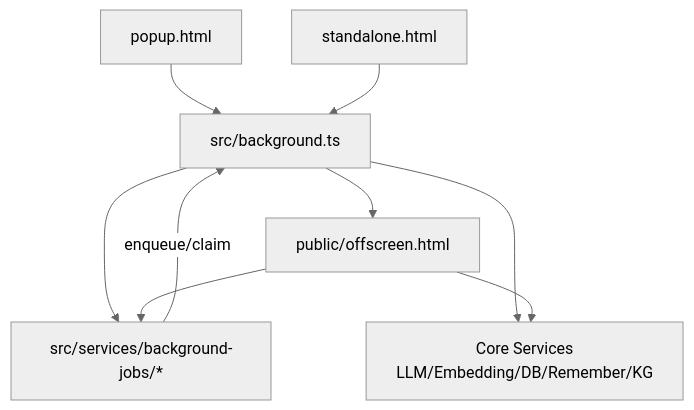
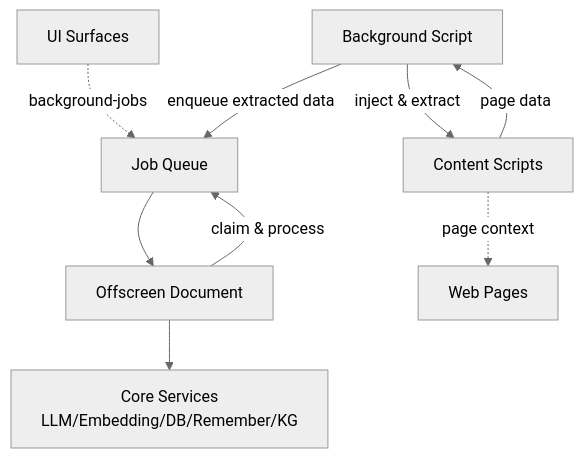
One commit to zrg-team/memorall changed the diagram in README.md. Above: the diagram before and after it, drawn with Mermaid (neutral theme). The commit also changed other lines of this file and 123 other files, not shown here.

````diff
--- a/README.md
+++ b/README.md
@@ -129,15 +178,18 @@
 ```mermaid
 graph TD
-  POP[popup.html] --> BG[src/background.ts]
-  STD[standalone.html] --> BG
+  %% UI Layer - Direct to Offscreen via Background Jobs
+  UI[UI Surfaces] -.->|background-jobs| JQ[Job Queue]
 
-  BG --> JQ[src/services/background-jobs/*]
-  BG --> SVC[Core Services\nLLM/Embedding/DB/Remember/KG]
+  %% Background Script - Context Menus & Content Script Communication Only
+  BG[Background Script] -->|inject & extract| CS[Content Scripts]
+  CS -->|page data| BG
+  BG -->|enqueue extracted data| JQ
 
-  JQ -->|enqueue/claim| BG
+  %% Offscreen Processing
+  JQ --> OFF[Offscreen Document]
+  OFF --> SVC[Core Services\nLLM/Embedding/DB/Remember/KG]
+  OFF -->|claim & process| JQ
 
-  %% Long-running tasks use the offscreen document
-  BG --> OFF[public/offscreen.html]
-  OFF --> SVC
-  OFF --> JQ
+  %% Content Scripts - Page Injection Only
+  CS -.->|page context| WEB[Web Pages]
 ```
````
